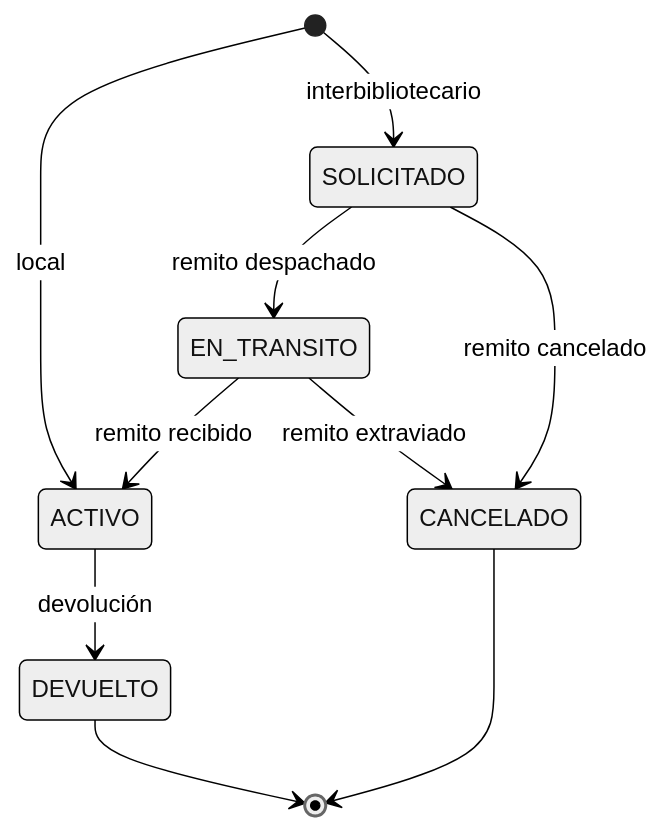
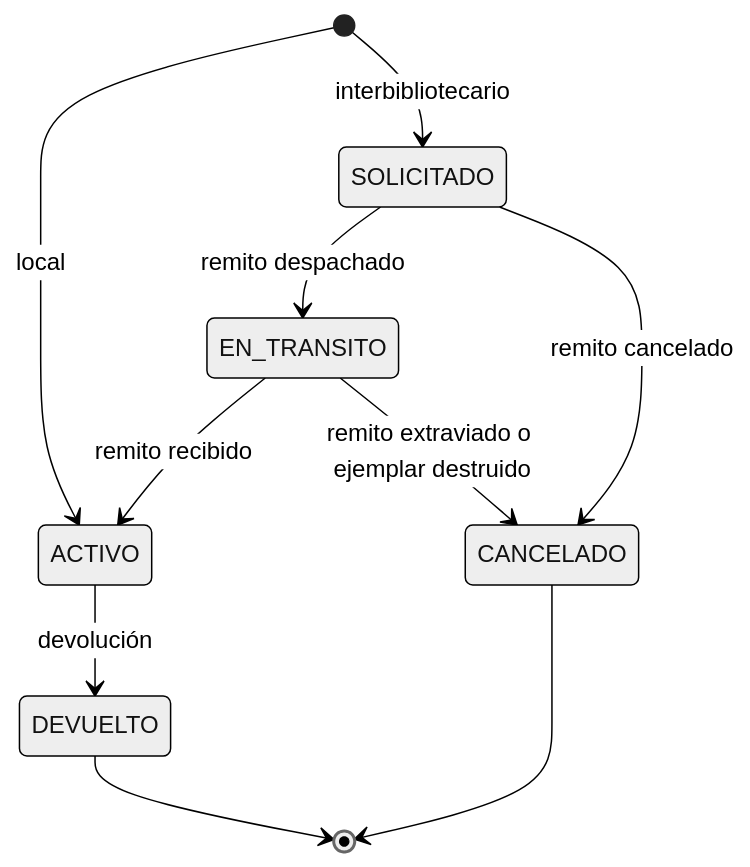
The second of 4 diagrams in docs/modelo-de-datos.md (tobiasceruttigothe/TP-DAO), drawn with Mermaid (neutral theme) before and after one commit. The commit also changed other lines of this file and 4 other files, not shown here.

````diff
--- a/docs/modelo-de-datos.md
+++ b/docs/modelo-de-datos.md
@@ -176,12 +198,12 @@
 ```mermaid
 stateDiagram-v2
     [*] --> ACTIVO: local
     [*] --> SOLICITADO: interbibliotecario
     SOLICITADO --> EN_TRANSITO: remito despachado
     SOLICITADO --> CANCELADO: remito cancelado
     EN_TRANSITO --> ACTIVO: remito recibido
-    EN_TRANSITO --> CANCELADO: remito extraviado
+    EN_TRANSITO --> CANCELADO: remito extraviado o ejemplar destruido
     ACTIVO --> DEVUELTO: devolución
     DEVUELTO --> [*]
     CANCELADO --> [*]
 ```
````
